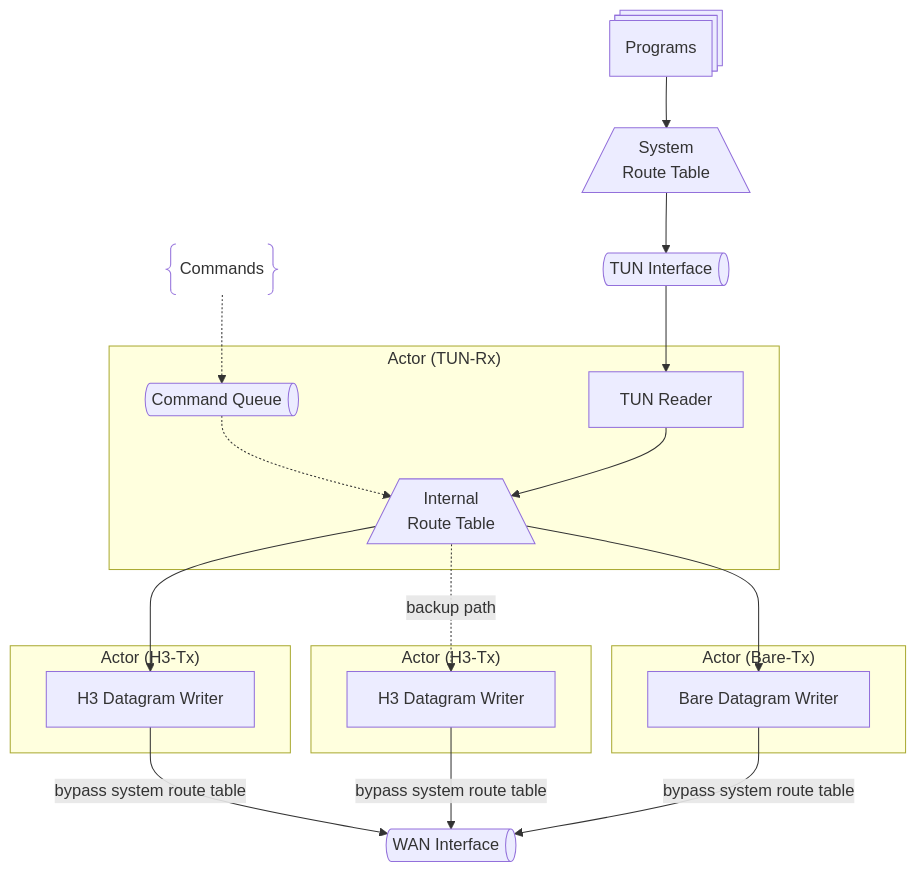
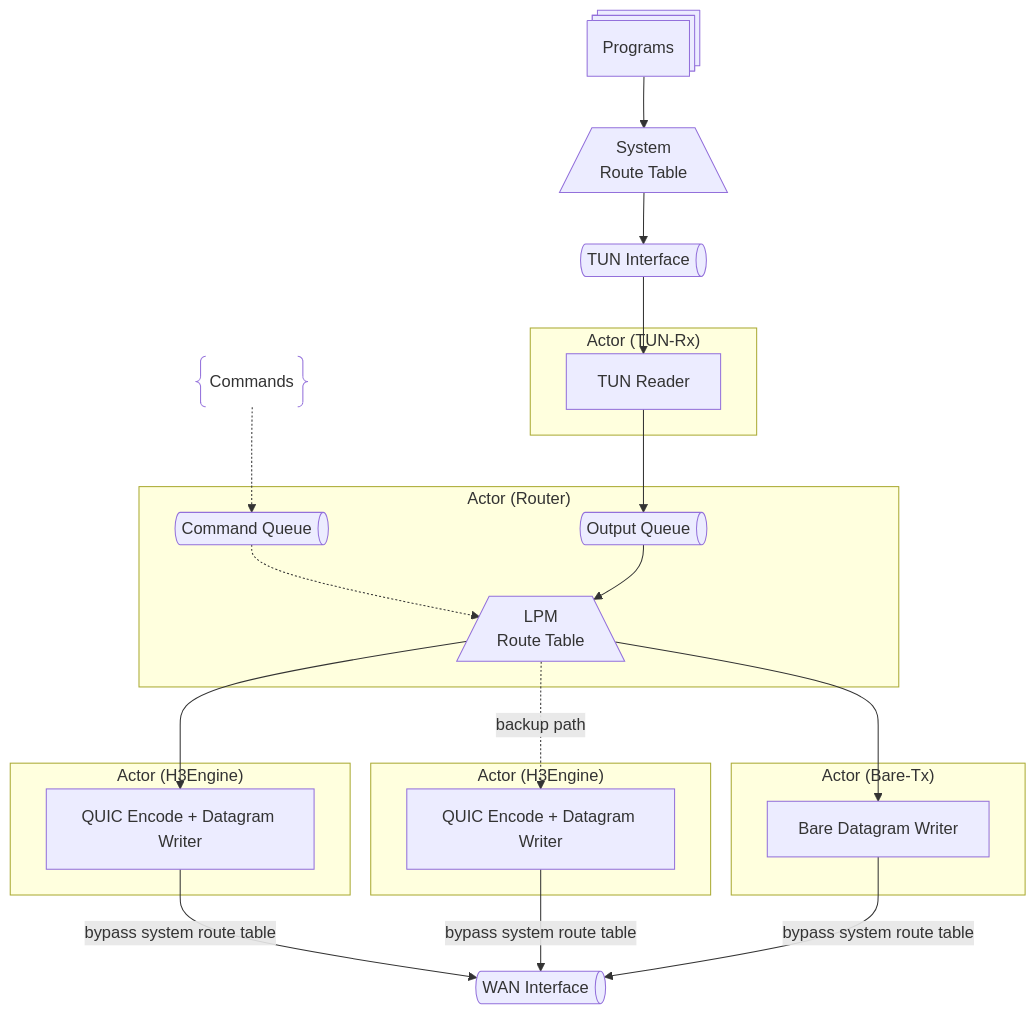
The second of 3 diagrams in docs/internals.md (sands-lab/h3llo), drawn with Mermaid before and after one commit. The commit also changed other lines of this file and 3 other files, not shown here.

````diff
--- a/docs/internals.md
+++ b/docs/internals.md
@@ -117,31 +123,35 @@
 ```mermaid
 flowchart TB
     wan[WAN Interface]@{shape: h-cyl}
     tun[TUN Interface]@{shape: h-cyl}
     prog[Programs]@{shape: processes}
     rsys[/System<br>Route Table\]
     cmd["Commands"]@{shape: braces}
 
     subgraph cr-tun["Actor (TUN-Rx)"]
         tr[TUN Reader]
-        tq[Command Queue]@{shape: h-cyl}
-        rint[/Internal<br>Route Table\]
     end
 
-    subgraph cr-h3-1["Actor (H3-Tx)"]
-        hw1[H3 Datagram Writer]
+    subgraph cr-router["Actor (Router)"]
+        oq[Output Queue]@{shape: h-cyl}
+        rcmd[Command Queue]@{shape: h-cyl}
+        rint[/LPM<br>Route Table\]
     end
 
-    subgraph cr-h3-2["Actor (H3-Tx)"]
-        hw2[H3 Datagram Writer]
+    subgraph cr-h3-1["Actor (H3Engine)"]
+        hw1[QUIC Encode + Datagram Writer]
+    end
+
+    subgraph cr-h3-2["Actor (H3Engine)"]
+        hw2[QUIC Encode + Datagram Writer]
     end
 
     subgraph cr-bare["Actor (Bare-Tx)"]
         bw[Bare Datagram Writer]
     end
 
-    cmd -.-> tq -.-> rint
-    prog --> rsys --> tun --> tr --> rint --> bw & hw1
+    cmd -.-> rcmd -.-> rint
+    prog --> rsys --> tun --> tr --> oq --> rint --> bw & hw1
     rint -. backup path -.-> hw2
     hw1 & hw2 & bw -- bypass system route table --> wan
 ```
````
